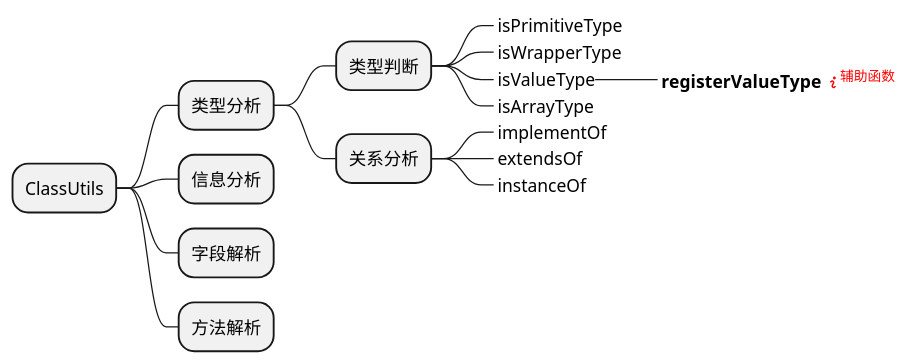
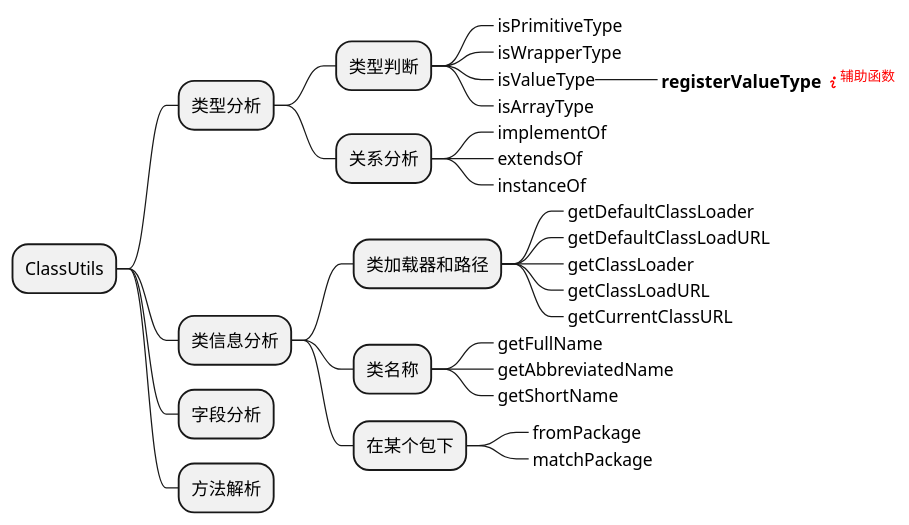
One commit to akudy/beehive-parent changed the diagram in beehive-core/src/main/resources/design-thought/util/ClassUtils-function.puml. Above: the diagram before and after it, drawn with PlantUML. The commit also changed 12 other files, not shown here.

```diff
--- a/beehive-core/src/main/resources/design-thought/util/ClassUtils-function.puml
+++ b/beehive-core/src/main/resources/design-thought/util/ClassUtils-function.puml
@@ -1,23 +1,36 @@
 @startmindmap
 
 * ClassUtils
 
 ** 类型分析
 *** 类型判断
 ****_ isPrimitiveType
 ****_ isWrapperType
 ****_ isValueType
 *****_ <b>registerValueType</b> <font color=red><&info><sup>辅助函数</sup></font>
 ****_ isArrayType
 *** 关系分析
 ****_ implementOf
 ****_ extendsOf
 ****_ instanceOf
 
-** 信息分析
+** 类信息分析
+*** 类加载器和路径
+****_ getDefaultClassLoader
+****_ getDefaultClassLoadURL
+****_ getClassLoader
+****_ getClassLoadURL
+****_ getCurrentClassURL
+*** 类名称
+****_ getFullName
+****_ getAbbreviatedName
+****_ getShortName
+*** 在某个包下
+****_ fromPackage
+****_ matchPackage
 
-** 字段解析
+** 字段分析
 
 ** 方法解析
 
 @endmindmap
```
